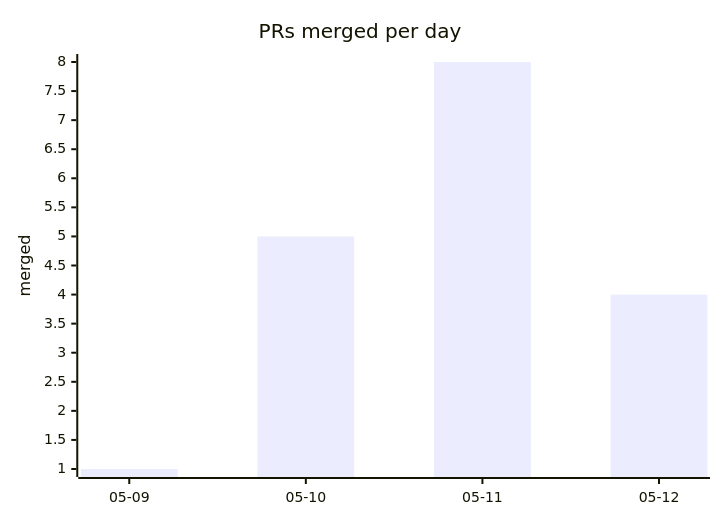
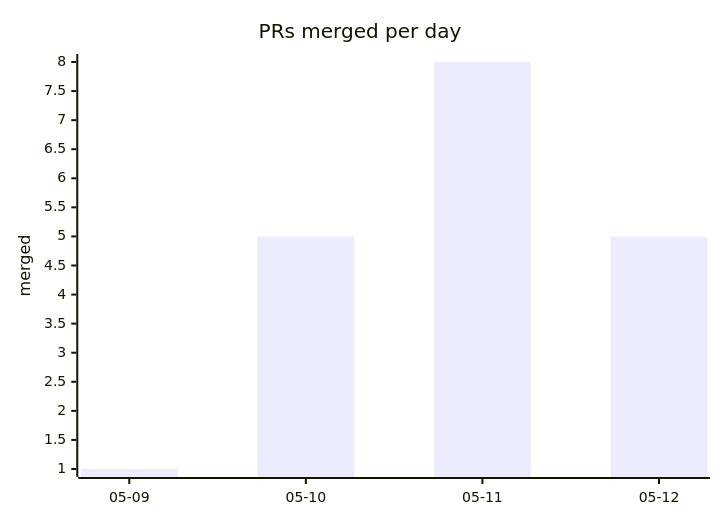
The second of 2 diagrams in README.md (kimjune01/kimjune01), drawn with Mermaid before and after one commit. The commit also changed other lines of this file, not shown here.

````diff
--- a/README.md
+++ b/README.md
@@ -15,7 +15,7 @@
 ```mermaid
 xychart-beta
     title "PRs merged per day"
     x-axis ["05-09", "05-10", "05-11", "05-12"]
     y-axis "merged"
-    bar [1, 5, 8, 4]
+    bar [1, 5, 8, 5]
 ```
````
